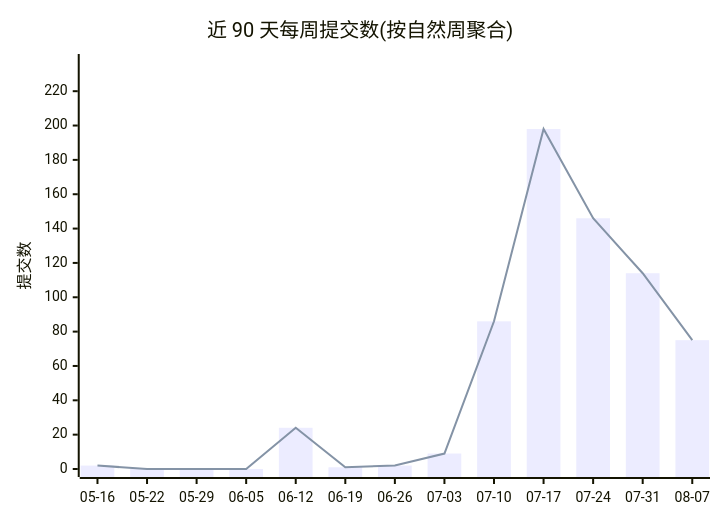
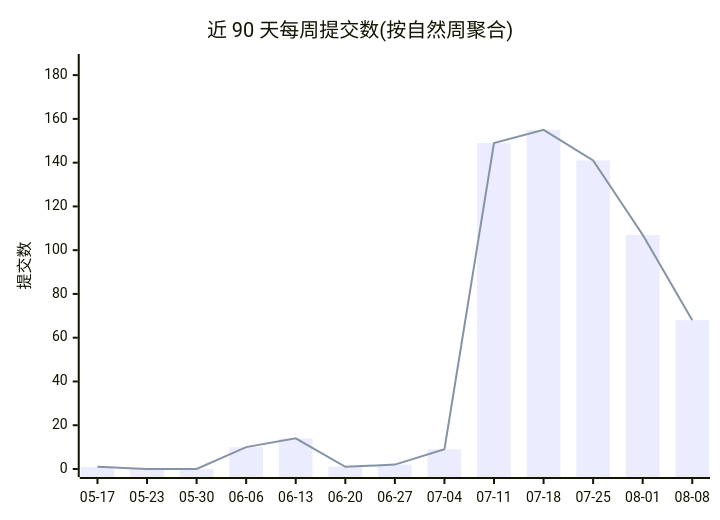
One commit to Conflux-Union/.github changed the first of 2 diagrams in profile/README.md. Above: the diagram before and after it, drawn with Mermaid. The commit also changed other lines of this file and 1 other file, not shown here.

````diff
--- a/profile/README.md
+++ b/profile/README.md
@@ -44,8 +44,8 @@
 ```mermaid
 xychart-beta
     title "近 90 天每周提交数(按自然周聚合)"
-    x-axis ["05-16", "05-22", "05-29", "06-05", "06-12", "06-19", "06-26", "07-03", "07-10", "07-17", "07-24", "07-31", "08-07"]
-    y-axis "提交数" 0 --> 237
-    bar [2, 0, 0, 0, 24, 1, 2, 9, 86, 198, 146, 114, 75]
-    line [2, 0, 0, 0, 24, 1, 2, 9, 86, 198, 146, 114, 75]
+    x-axis ["05-17", "05-23", "05-30", "06-06", "06-13", "06-20", "06-27", "07-04", "07-11", "07-18", "07-25", "08-01", "08-08"]
+    y-axis "提交数" 0 --> 186
+    bar [1, 0, 0, 10, 14, 1, 2, 9, 149, 155, 141, 107, 68]
+    line [1, 0, 0, 10, 14, 1, 2, 9, 149, 155, 141, 107, 68]
 ```
````
